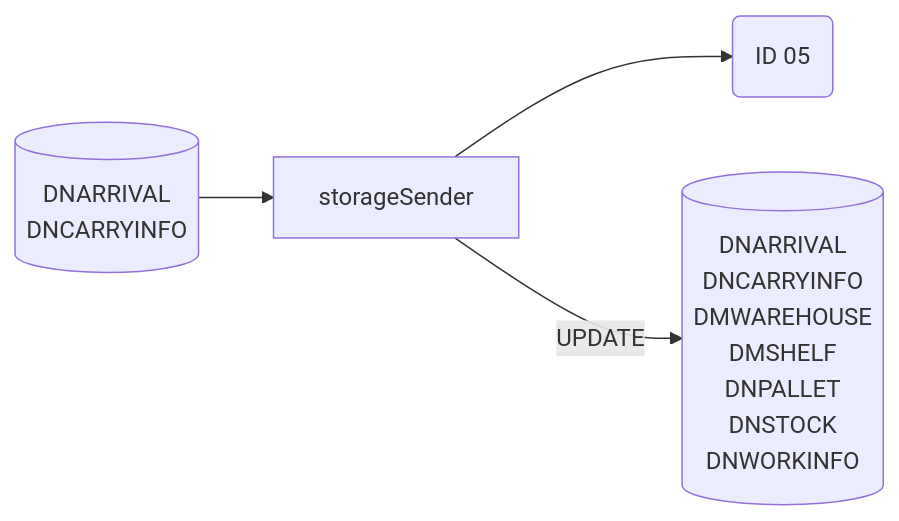
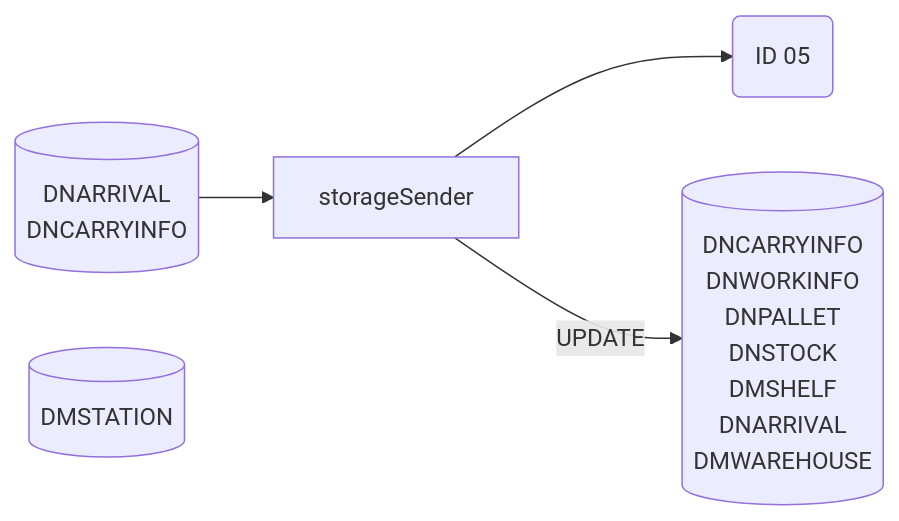
The third of 23 diagrams in Basic-Design/DFD-WMS/Storage/Palletizing-Settting/Palletize-Start.md (luthfiadityaa/SimeDarby-Wiki), drawn with Mermaid before and after one commit.

Commit message:
Updated Palletize Start

```diff
--- a/Basic-Design/DFD-WMS/Storage/Palletizing-Settting/Palletize-Start.md
+++ b/Basic-Design/DFD-WMS/Storage/Palletizing-Settting/Palletize-Start.md
@@ -313,23 +313,27 @@
 ::: mermaid
 flowchart LR
 storageSender-update[("
-DNARRIVAL
 DNCARRYINFO
-DMWAREHOUSE
-DMSHELF
+DNWORKINFO
 DNPALLET
 DNSTOCK
-DNWORKINFO
+DMSHELF
+DNARRIVAL
+DMWAREHOUSE
 ")]
 storageSender-input[("
 DNARRIVAL
 DNCARRYINFO
+")]
+
+storageSender-select[("
+DMSTATION
 ")]
 
 id05msg("
 ID 05
 ")
 
 storageSender-input-->storageSender-->id05msg
 storageSender--> |UPDATE| storageSender-update
 :::
```
